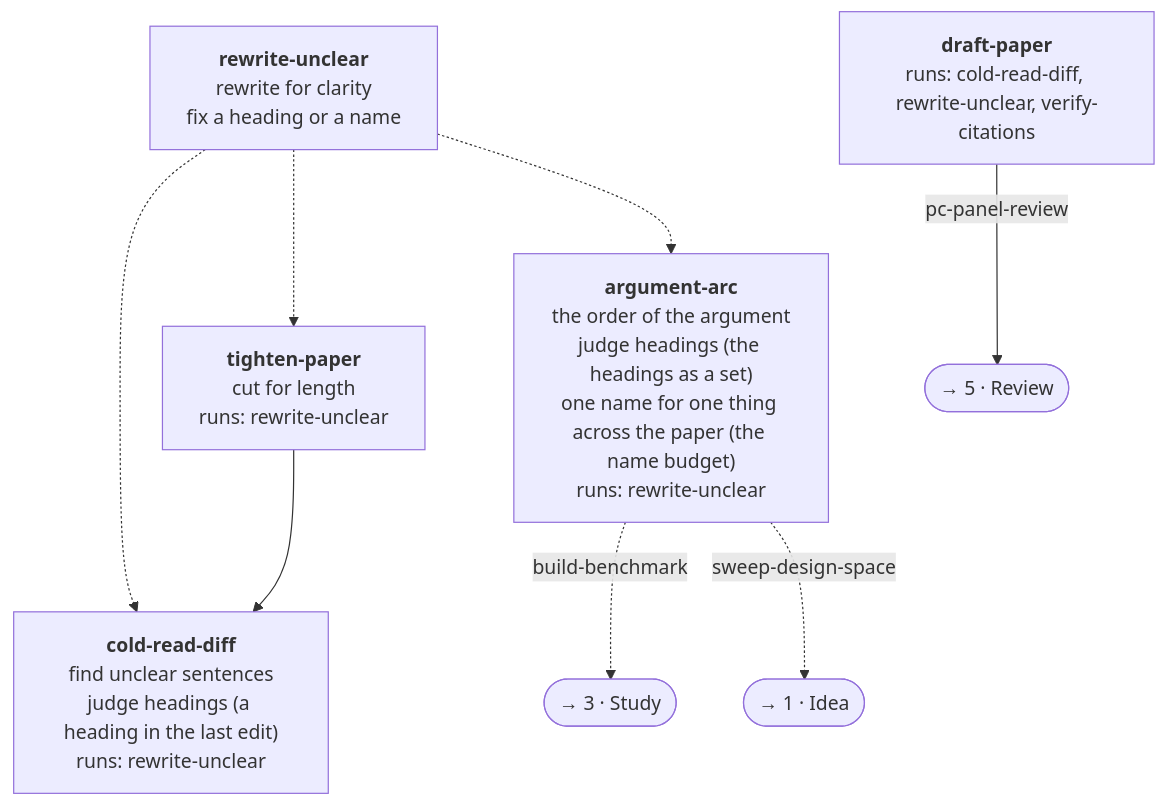
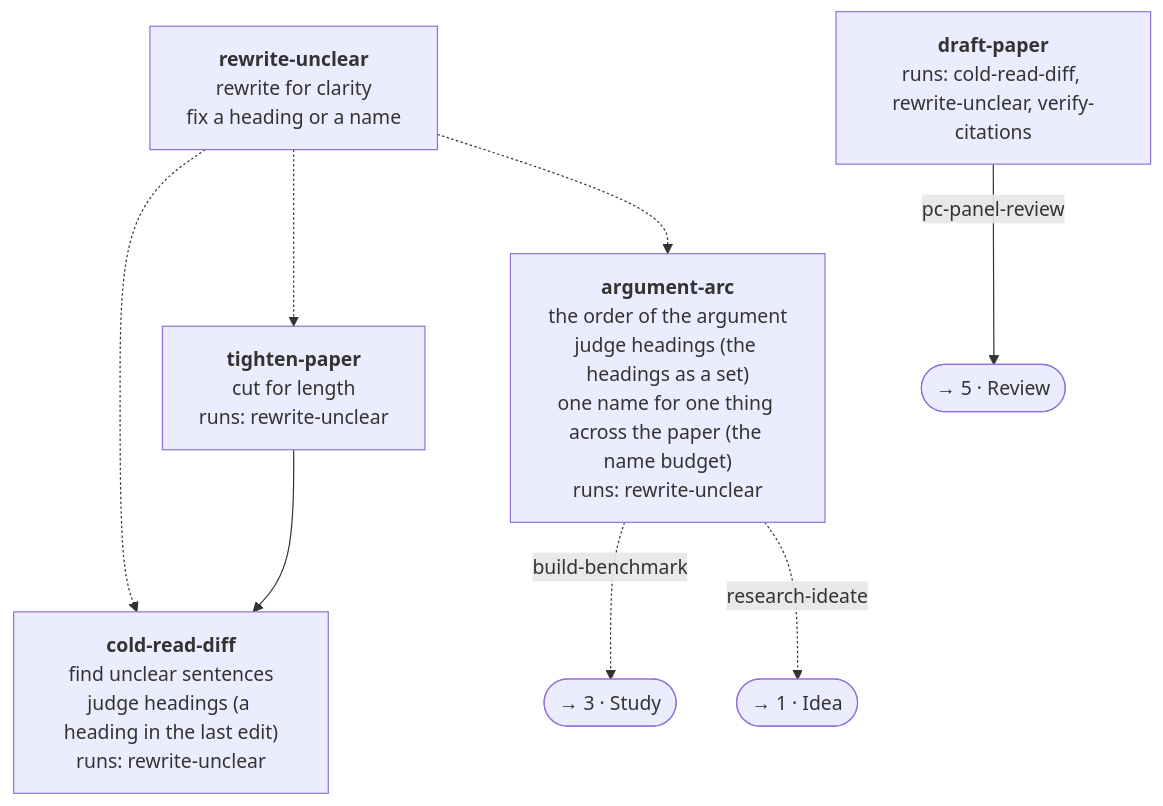
The fifth of 9 diagrams in docs/pipeline.md (zernie/paperlint), drawn with Mermaid before and after one commit. The commit also changed other lines of this file and 15 other files, not shown here.

First line of the commit message:
refactor(skills)!: sweep-design-space leaves the package

````diff
--- a/docs/pipeline.md
+++ b/docs/pipeline.md
@@ -121,18 +118,18 @@
 ```mermaid
 flowchart TB
   argument_arc["<b>argument-arc</b><br/>the order of the argument<br/>judge headings (the headings as a set)<br/>one name for one thing across the paper (the name budget)<br/>runs: rewrite-unclear"]
   cold_read_diff["<b>cold-read-diff</b><br/>find unclear sentences<br/>judge headings (a heading in the last edit)<br/>runs: rewrite-unclear"]
   draft_paper["<b>draft-paper</b><br/>runs: cold-read-diff, rewrite-unclear, verify-citations"]
   rewrite_unclear["<b>rewrite-unclear</b><br/>rewrite for clarity<br/>fix a heading or a name"]
   tighten_paper["<b>tighten-paper</b><br/>cut for length<br/>runs: rewrite-unclear"]
   rewrite_unclear -.-> cold_read_diff
   rewrite_unclear -.-> tighten_paper
   rewrite_unclear -.-> argument_arc
   tighten_paper --> cold_read_diff
   to_stage_study(["→ 3 · Study"])
   to_stage_idea(["→ 1 · Idea"])
   to_stage_review(["→ 5 · Review"])
   argument_arc -. "build-benchmark" .-> to_stage_study
-  argument_arc -. "sweep-design-space" .-> to_stage_idea
+  argument_arc -. "research-ideate" .-> to_stage_idea
   draft_paper -- "pc-panel-review" --> to_stage_review
 ```
````
